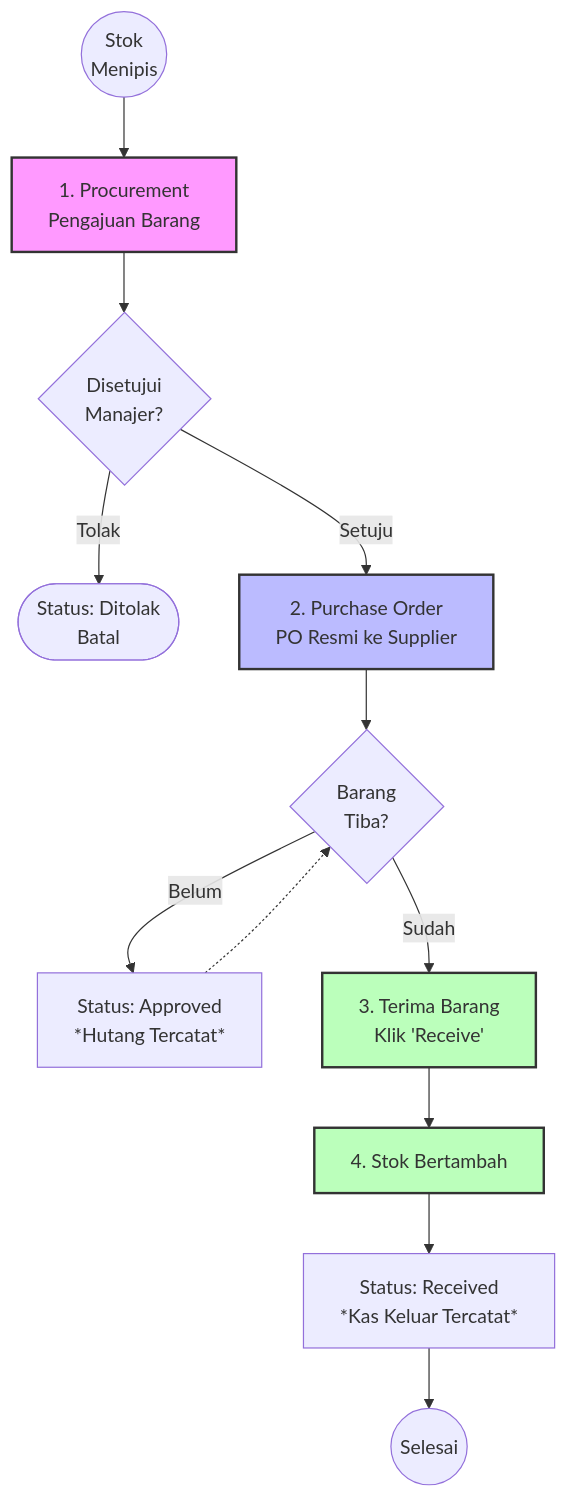
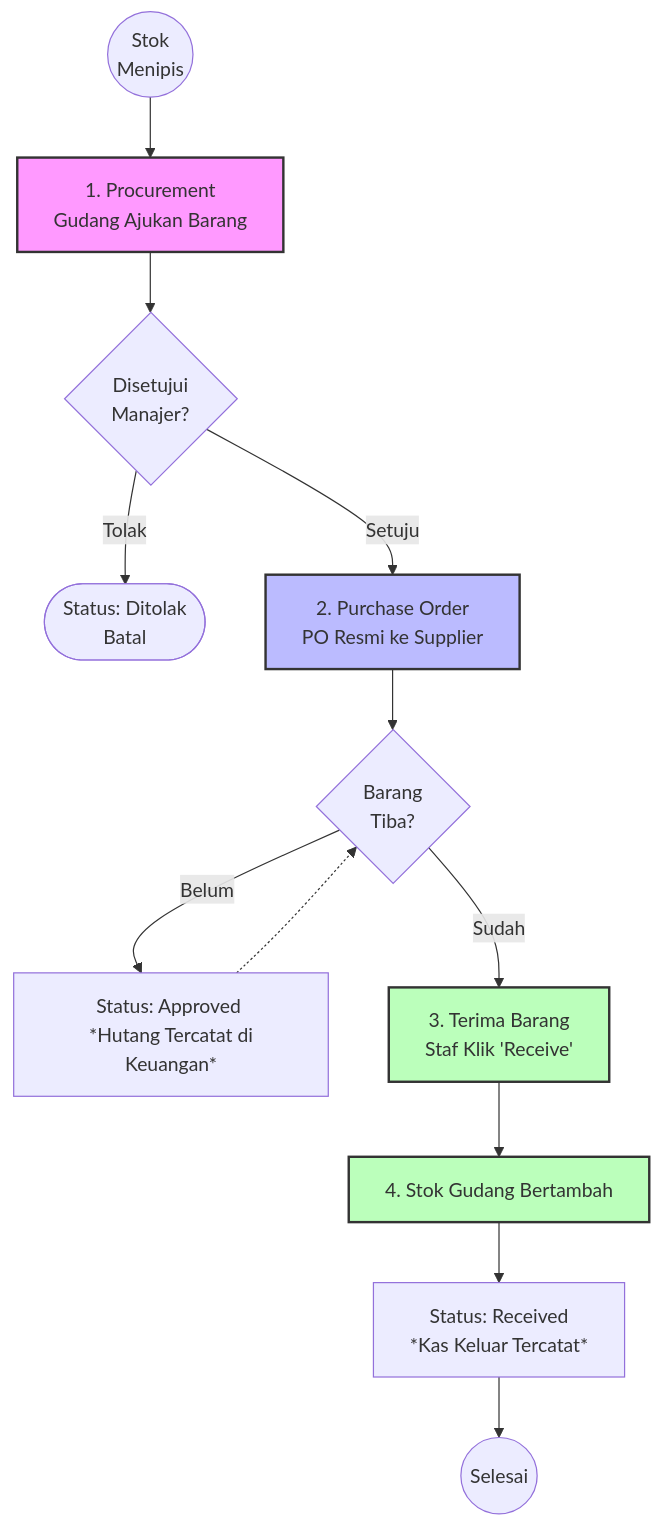
The diagram in flowchart/2-Alur-Pembelian-Stok.md (Vall-Here/LARAVEL-WEB_CV-Fullstack-Frontend-Backend-Web-App), drawn with Mermaid before and after one commit. The commit also changed other lines of this file and 4 other files, not shown here.

Commit message:
docs: replace legacy manual with modular flowchart documentation in docs/flowchart/

````diff
--- a/flowchart/2-Alur-Pembelian-Stok.md
+++ b/flowchart/2-Alur-Pembelian-Stok.md
@@ -7,30 +18,30 @@
 ```mermaid
 graph TD;
     %% Node Definitions
-    START((Stok <br/> Menipis)) --> PROC[1. Procurement <br/> Pengajuan Barang]
+    START((Stok <br/> Menipis)) --> PROC[1. Procurement <br/> Gudang Ajukan Barang]
     
     PROC --> MGR_DEC{Disetujui <br/> Manajer?}
     
     MGR_DEC -->|Tolak| PROC_FAIL([Status: Ditolak <br/> Batal])
     
     MGR_DEC -->|Setuju| PO[2. Purchase Order <br/> PO Resmi ke Supplier]
     
     PO --> SUPPLIER_WAIT{Barang <br/> Tiba?}
     
-    SUPPLIER_WAIT -->|Belum| PO_WAIT[Status: Approved <br/> *Hutang Tercatat*]
+    SUPPLIER_WAIT -->|Belum| PO_WAIT[Status: Approved <br/> *Hutang Tercatat di Keuangan*]
     PO_WAIT -.-> SUPPLIER_WAIT
     
-    SUPPLIER_WAIT -->|Sudah| RECEIVE[3. Terima Barang <br/> Klik 'Receive']
+    SUPPLIER_WAIT -->|Sudah| RECEIVE[3. Terima Barang <br/> Staf Klik 'Receive']
     
-    RECEIVE --> STOCK_ADD[4. Stok Bertambah]
+    RECEIVE --> STOCK_ADD[4. Stok Gudang Bertambah]
     
     STOCK_ADD --> AP_RECORD[Status: Received <br/> *Kas Keluar Tercatat*]
     
     AP_RECORD --> END((Selesai))
 
     %% Styling
     style PROC fill:#f9f,stroke:#333,stroke-width:2px
     style PO fill:#bbf,stroke:#333,stroke-width:2px
     style RECEIVE fill:#bfb,stroke:#333,stroke-width:2px
     style STOCK_ADD fill:#bfb,stroke:#333,stroke-width:2px
 ```
````
